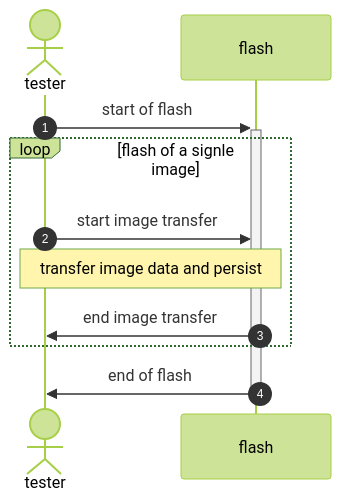
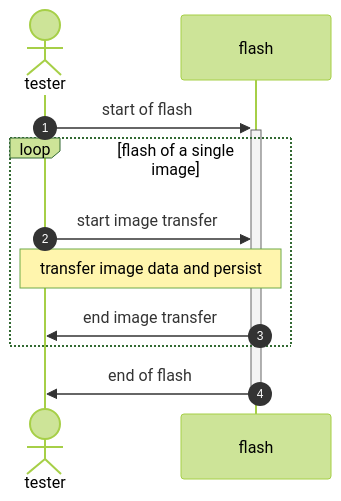
Before and after one commit to mbehr1/fishbone: the diagram in docs/fishbone/docs/sequences.md, drawn with Mermaid (forest theme). The commit also changed other lines of this file, not shown here.

Commit message:
docs(sequence): fix typo signle

````diff
--- a/docs/fishbone/docs/sequences.md
+++ b/docs/fishbone/docs/sequences.md
@@ -135,15 +135,15 @@
 ```mermaid
 sequenceDiagram
     autoNumber
     actor tester
     participant flash
     tester->>+flash: start of flash
 
-    loop flash of a signle image
+    loop flash of a single image
       tester->>flash: start image transfer
       Note over tester, flash: transfer image data and persist
       flash->>tester: end image transfer
     end
     
     flash->>-tester: end of flash
 ```
````
